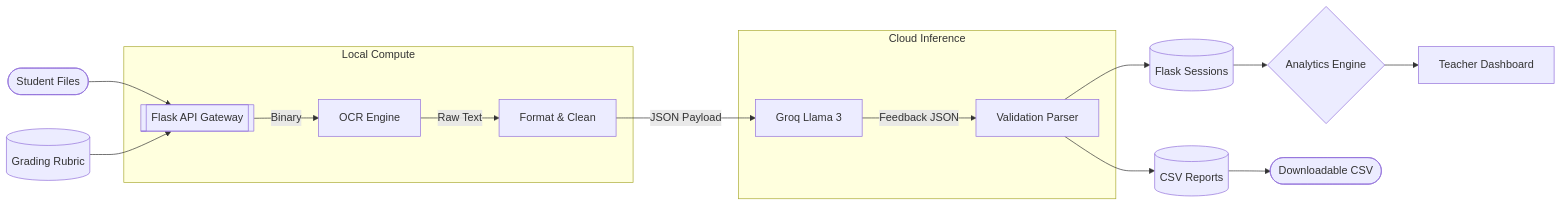
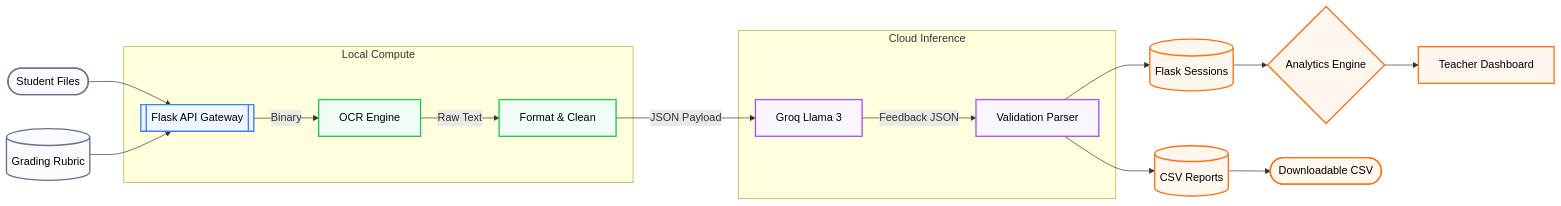
The fifth of 5 diagrams in README.md (ShaikhWarsi/TeachCoPilot), drawn with Mermaid before and after one commit. The commit also changed other lines of this file, not shown here.

Commit message:
Updated diagrams in README

````diff
--- a/README.md
+++ b/README.md
@@ -208,24 +208,31 @@
 ```mermaid
 flowchart LR
+    %% Styling
+    classDef source fill:#f8fafc,stroke:#64748b,stroke-width:2px,color:#000;
+    classDef gateway fill:#eff6ff,stroke:#3b82f6,stroke-width:2px,color:#000;
+    classDef compute fill:#f0fdf4,stroke:#22c55e,stroke-width:2px,color:#000;
+    classDef cloud fill:#faf5ff,stroke:#a855f7,stroke-width:2px,color:#000;
+    classDef output fill:#fff7ed,stroke:#f97316,stroke-width:2px,color:#000;
+
     %% Data Sources
-    A([Student Files]) --> B[[Flask API Gateway]]
-    R[(Grading Rubric)] --> B
+    A([Student Files]):::source --> B[[Flask API Gateway]]:::gateway
+    R[(Grading Rubric)]:::source --> B
     
     %% Transformations
     subgraph Local_Compute ["Local Compute"]
-        B -->|Binary| C[OCR Engine]
-        C -->|Raw Text| D[Format & Clean]
+        B -->|Binary| C[OCR Engine]:::compute
+        C -->|Raw Text| D[Format & Clean]:::compute
     end
     
     subgraph Cloud_Inference ["Cloud Inference"]
-        D -->|JSON Payload| E[Groq Llama 3]
-        E -->|Feedback JSON| F[Validation Parser]
+        D -->|JSON Payload| E[Groq Llama 3]:::cloud
+        E -->|Feedback JSON| F[Validation Parser]:::cloud
     end
     
     %% Outputs
-    F --> G[(CSV Reports)]
-    F --> H[(Flask Sessions)]
-    H --> I{Analytics Engine}
-    I --> J[Teacher Dashboard]
-    G --> K([Downloadable CSV])
+    F --> G[(CSV Reports)]:::output
+    F --> H[(Flask Sessions)]:::output
+    H --> I{Analytics Engine}:::output
+    I --> J[Teacher Dashboard]:::output
+    G --> K([Downloadable CSV]):::output
 ```
````
